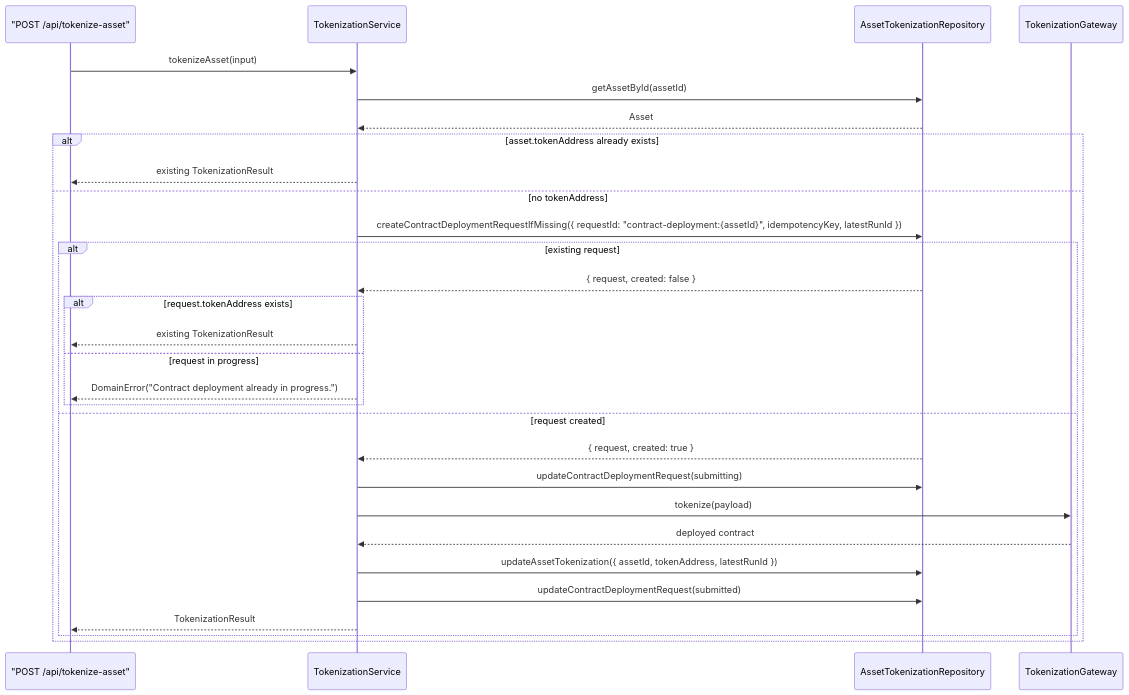
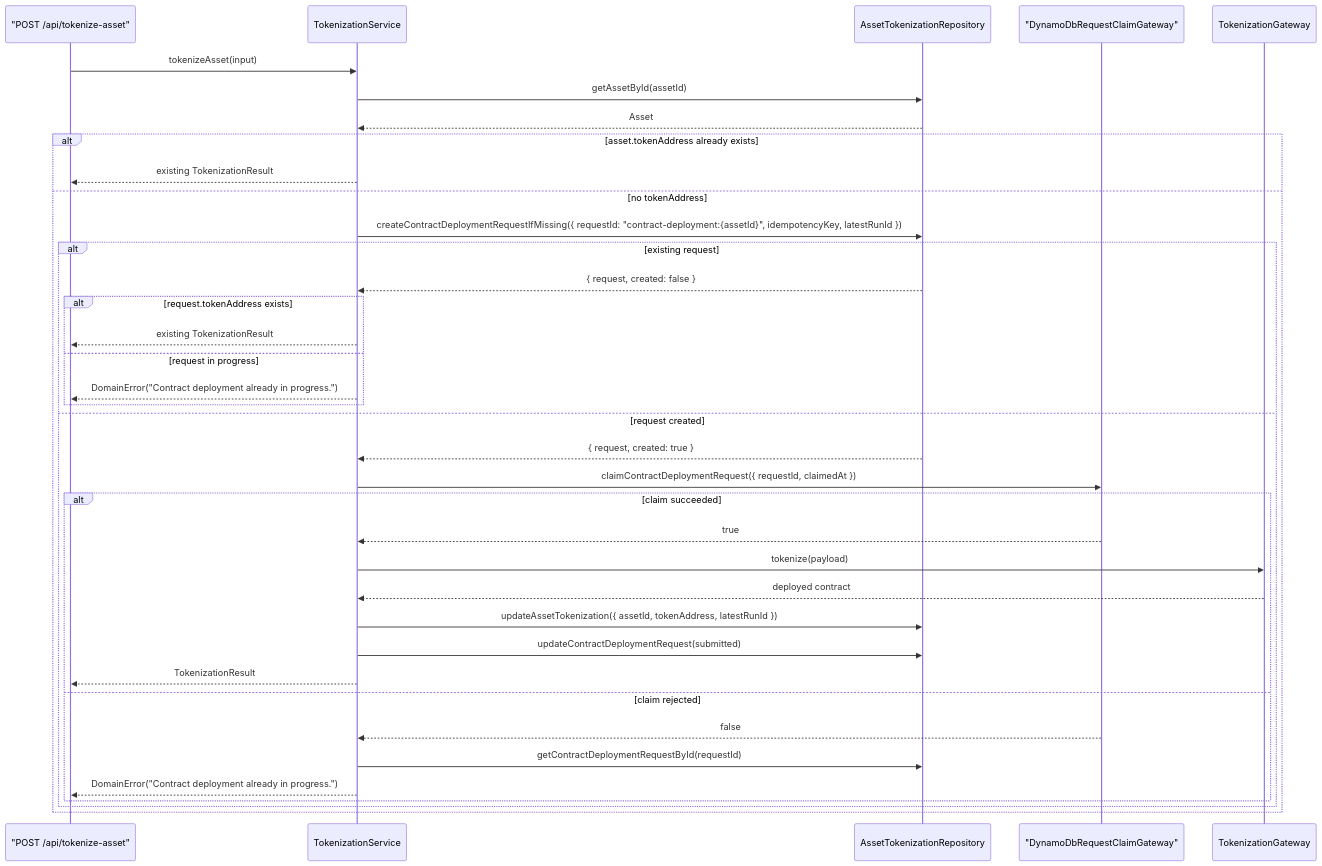
Diagram 12 of 35 in specs/13 - use cases sequence.md (j4nos/cz), drawn with Mermaid before and after one commit. The commit also changed other lines of this file and 96 other files, not shown here.

````diff
--- a/specs/13 - use cases sequence.md
+++ b/specs/13 - use cases sequence.md
@@ -227,32 +227,40 @@
 ```mermaid
 sequenceDiagram
   participant TokenizeAssetAPI as "POST /api/tokenize-asset"
   participant TokenizationService
   participant AssetTokenizationRepository
+  participant RequestClaimPort as "DynamoDbRequestClaimGateway"
   participant TokenizationGateway
 
   TokenizeAssetAPI->>TokenizationService: tokenizeAsset(input)
   TokenizationService->>AssetTokenizationRepository: getAssetById(assetId)
   AssetTokenizationRepository-->>TokenizationService: Asset
   alt asset.tokenAddress already exists
     TokenizationService-->>TokenizeAssetAPI: existing TokenizationResult
   else no tokenAddress
     TokenizationService->>AssetTokenizationRepository: createContractDeploymentRequestIfMissing({ requestId: "contract-deployment:{assetId}", idempotencyKey, latestRunId })
     alt existing request
       AssetTokenizationRepository-->>TokenizationService: { request, created: false }
       alt request.tokenAddress exists
         TokenizationService-->>TokenizeAssetAPI: existing TokenizationResult
       else request in progress
         TokenizationService-->>TokenizeAssetAPI: DomainError("Contract deployment already in progress.")
       end
     else request created
       AssetTokenizationRepository-->>TokenizationService: { request, created: true }
-      TokenizationService->>AssetTokenizationRepository: updateContractDeploymentRequest(submitting)
-      TokenizationService->>TokenizationGateway: tokenize(payload)
-      TokenizationGateway-->>TokenizationService: deployed contract
-      TokenizationService->>AssetTokenizationRepository: updateAssetTokenization({ assetId, tokenAddress, latestRunId })
-      TokenizationService->>AssetTokenizationRepository: updateContractDeploymentRequest(submitted)
-      TokenizationService-->>TokenizeAssetAPI: TokenizationResult
+      TokenizationService->>RequestClaimPort: claimContractDeploymentRequest({ requestId, claimedAt })
+      alt claim succeeded
+        RequestClaimPort-->>TokenizationService: true
+        TokenizationService->>TokenizationGateway: tokenize(payload)
+        TokenizationGateway-->>TokenizationService: deployed contract
+        TokenizationService->>AssetTokenizationRepository: updateAssetTokenization({ assetId, tokenAddress, latestRunId })
+        TokenizationService->>AssetTokenizationRepository: updateContractDeploymentRequest(submitted)
+        TokenizationService-->>TokenizeAssetAPI: TokenizationResult
+      else claim rejected
+        RequestClaimPort-->>TokenizationService: false
+        TokenizationService->>AssetTokenizationRepository: getContractDeploymentRequestById(requestId)
+        TokenizationService-->>TokenizeAssetAPI: DomainError("Contract deployment already in progress.")
+      end
     end
   end
 ```
````
